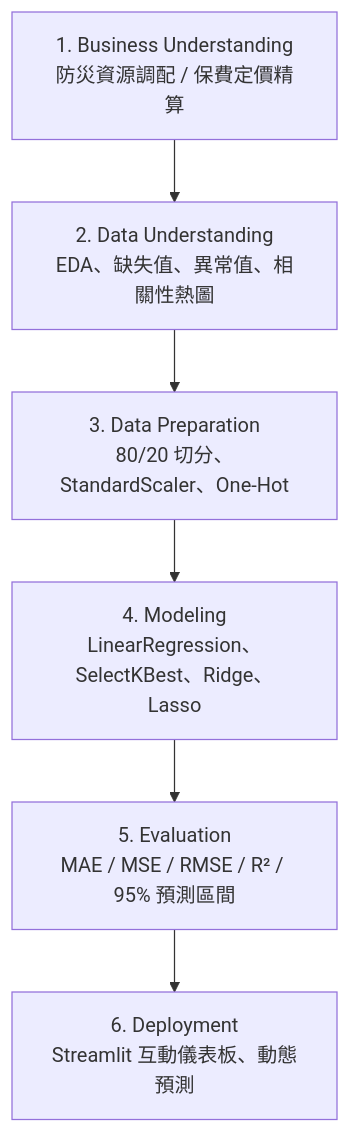
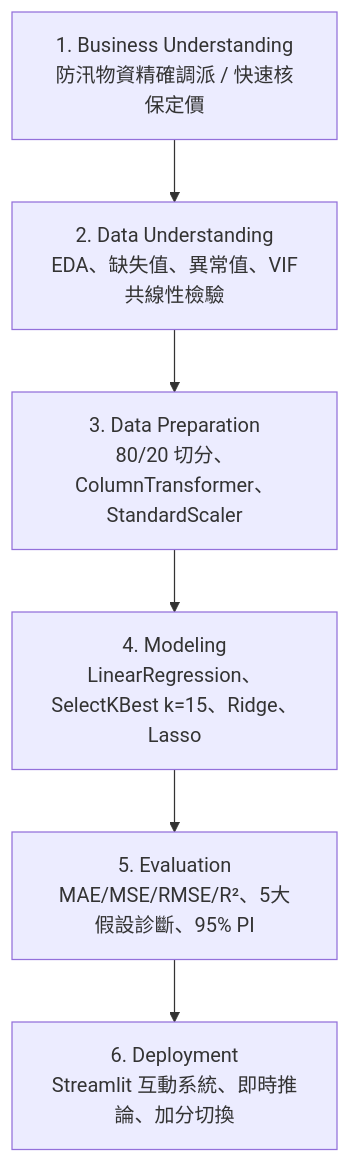
One commit to kelp11211/AIoT_HW2 changed the diagram in README.md. Above: the diagram before and after it, drawn with Mermaid. The commit also changed other lines of this file and 2 other files, not shown here.

Commit message:
feat: G7 final submission package, master README, Jupyter notebook, and Streamlit Cloud configuration PASS

````diff
--- a/README.md
+++ b/README.md
@@ -36,8 +39,8 @@
 ```mermaid
 flowchart TD
-    BU[1. Business Understanding<br/>防災資源調配 / 保費定價精算] --> DU[2. Data Understanding<br/>EDA、缺失值、異常值、相關性熱圖]
-    DU --> DP[3. Data Preparation<br/>80/20 切分、StandardScaler、One-Hot]
-    DP --> M[4. Modeling<br/>LinearRegression、SelectKBest、Ridge、Lasso]
-    M --> E[5. Evaluation<br/>MAE / MSE / RMSE / R² / 95% 預測區間]
-    E --> D[6. Deployment<br/>Streamlit 互動儀表板、動態預測]
+    BU[1. Business Understanding<br/>防汛物資精確調派 / 快速核保定價] --> DU[2. Data Understanding<br/>EDA、缺失值、異常值、VIF共線性檢驗]
+    DU --> DP[3. Data Preparation<br/>80/20 切分、ColumnTransformer、StandardScaler]
+    DP --> M[4. Modeling<br/>LinearRegression、SelectKBest k=15、Ridge、Lasso]
+    M --> E[5. Evaluation<br/>MAE/MSE/RMSE/R²、5大假設診斷、95% PI]
+    E --> D[6. Deployment<br/>Streamlit 互動系統、即時推論、加分切換]
 ```
````
